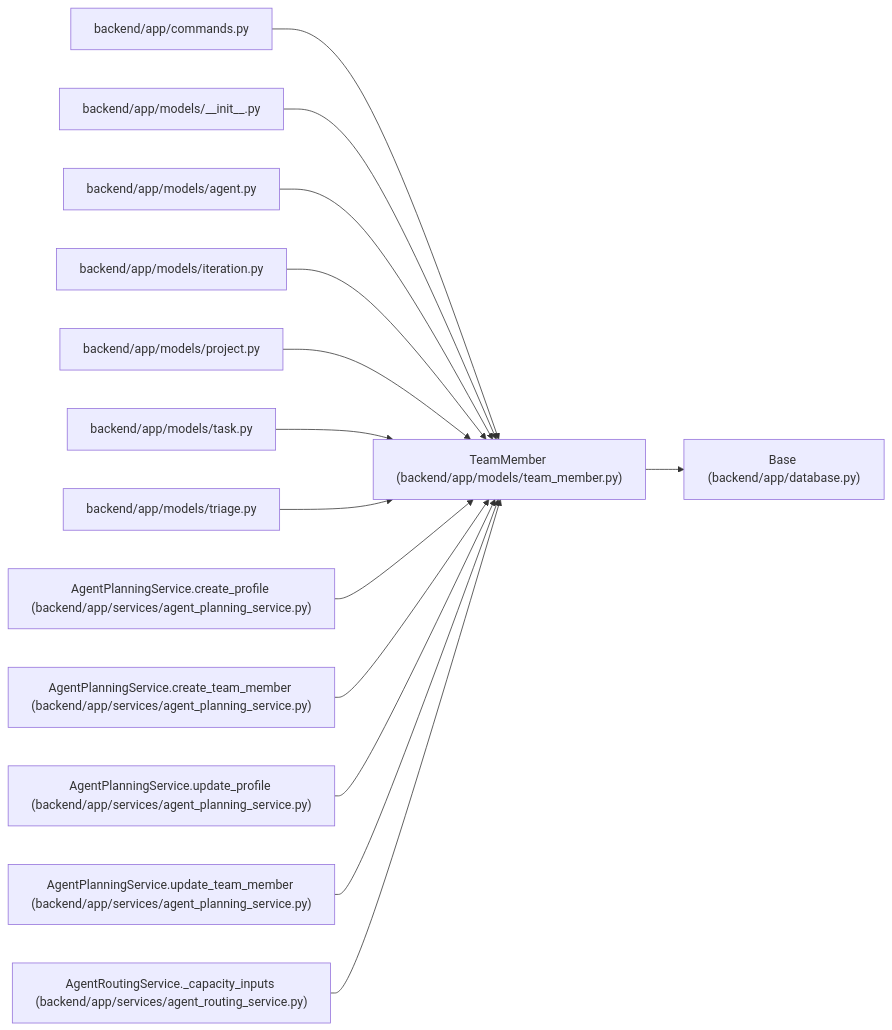
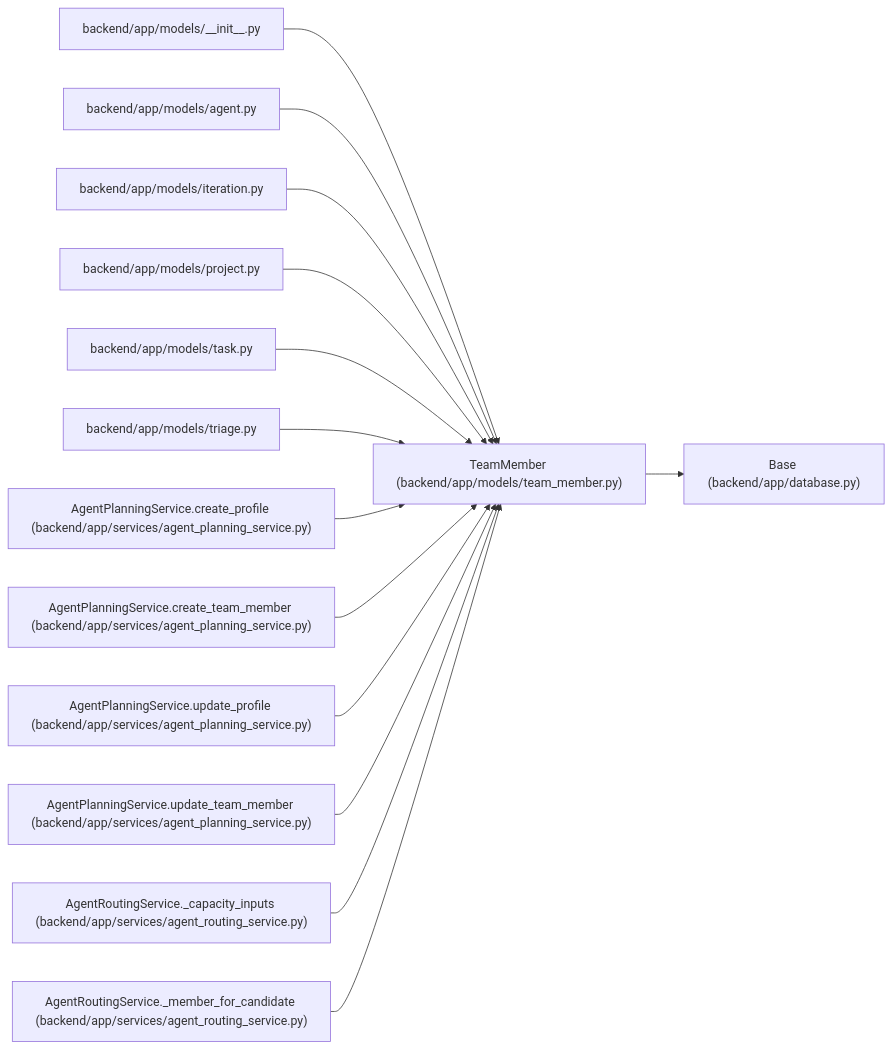
The diagram in docs/llm_wiki/entities/team_member_TeamMember.md (Denissvgn/WorkChord), drawn with Mermaid before and after one commit. The commit also changed other lines of this file and 10148 other files, not shown here.

````diff
--- a/docs/llm_wiki/entities/team_member_TeamMember.md
+++ b/docs/llm_wiki/entities/team_member_TeamMember.md
@@ -41,44 +42,44 @@
 ```mermaid
 flowchart LR
     n0["TeamMember (backend/app/models/team_member.py)"]
     n1["Base (backend/app/database.py)"]
-    n2["backend/app/commands.py"]
-    n3["backend/app/models/__init__.py"]
-    n4["backend/app/models/agent.py"]
-    n5["backend/app/models/iteration.py"]
-    n6["backend/app/models/project.py"]
-    n7["backend/app/models/task.py"]
-    n8["backend/app/models/triage.py"]
-    n9["AgentPlanningService.create_profile (backend/app/services/agent_planning_service.py)"]
-    n10["AgentPlanningService.create_team_member (backend/app/services/agent_planning_service.py)"]
-    n11["AgentPlanningService.update_profile (backend/app/services/agent_planning_service.py)"]
-    n12["AgentPlanningService.update_team_member (backend/app/services/agent_planning_service.py)"]
-    n13["AgentRoutingService._capacity_inputs (backend/app/services/agent_routing_service.py)"]
+    n2["backend/app/models/__init__.py"]
+    n3["backend/app/models/agent.py"]
+    n4["backend/app/models/iteration.py"]
+    n5["backend/app/models/project.py"]
+    n6["backend/app/models/task.py"]
+    n7["backend/app/models/triage.py"]
+    n8["AgentPlanningService.create_profile (backend/app/services/agent_planning_service.py)"]
+    n9["AgentPlanningService.create_team_member (backend/app/services/agent_planning_service.py)"]
+    n10["AgentPlanningService.update_profile (backend/app/services/agent_planning_service.py)"]
+    n11["AgentPlanningService.update_team_member (backend/app/services/agent_planning_service.py)"]
+    n12["AgentRoutingService._capacity_inputs (backend/app/services/agent_routing_service.py)"]
+    n13["AgentRoutingService._member_for_candidate (backend/app/services/agent_routing_service.py)"]
     n0 --> n1
     n2 --> n0
     n3 --> n0
     n4 --> n0
     n5 --> n0
     n6 --> n0
     n7 --> n0
     n8 --> n0
     n9 --> n0
     n10 --> n0
     n11 --> n0
     n12 --> n0
     n13 --> n0
     click n0 "../modules/team_member.md"
     click n1 "../modules/app_database.md"
-    click n2 "../modules/commands.md"
-    click n3 "../modules/models___init__.md"
-    click n4 "../modules/models_agent.md"
-    click n5 "../modules/models_iteration.md"
-    click n6 "../modules/models_project.md"
-    click n7 "../modules/models_task.md"
-    click n8 "../modules/models_triage.md"
+    click n2 "../modules/models___init__.md"
+    click n3 "../modules/models_agent.md"
+    click n4 "../modules/models_iteration.md"
+    click n5 "../modules/models_project.md"
+    click n6 "../modules/models_task.md"
+    click n7 "../modules/models_triage.md"
+    click n8 "../modules/agent_planning_service.md"
     click n9 "../modules/agent_planning_service.md"
     click n10 "../modules/agent_planning_service.md"
     click n11 "../modules/agent_planning_service.md"
-    click n12 "../modules/agent_planning_service.md"
+    click n12 "../modules/agent_routing_service.md"
     click n13 "../modules/agent_routing_service.md"
 ```
````
